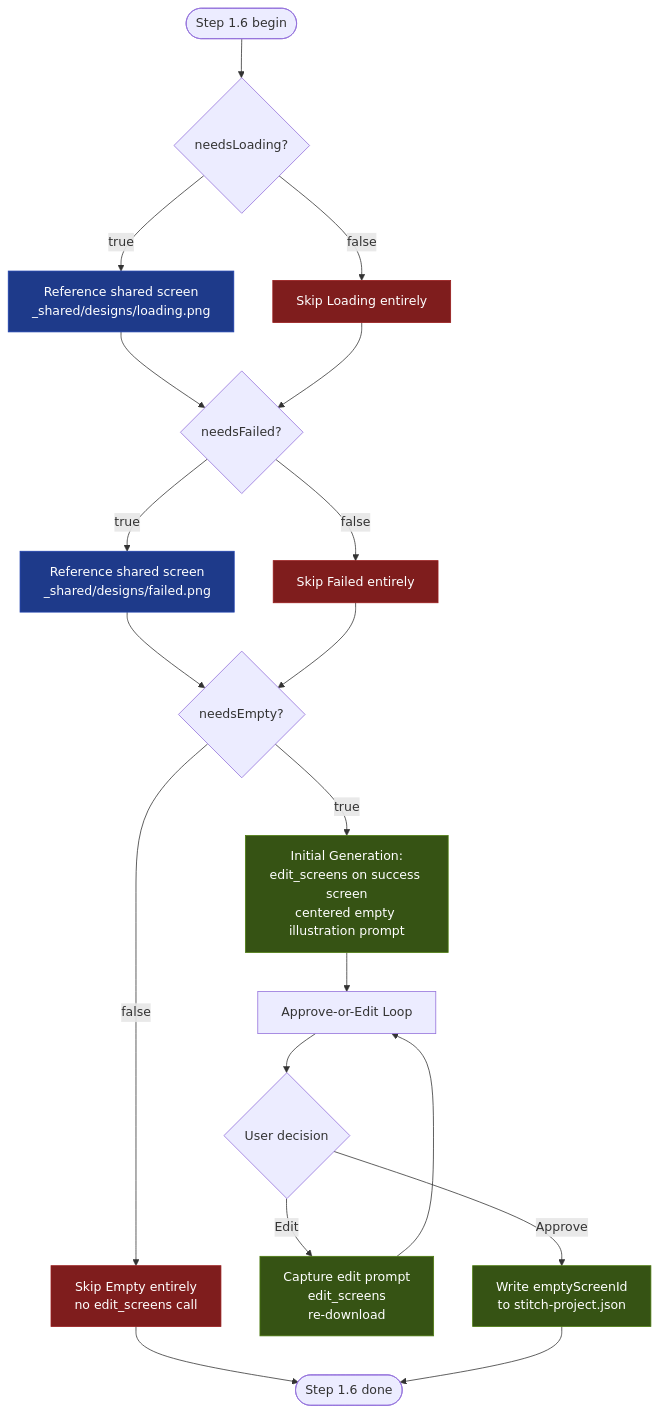
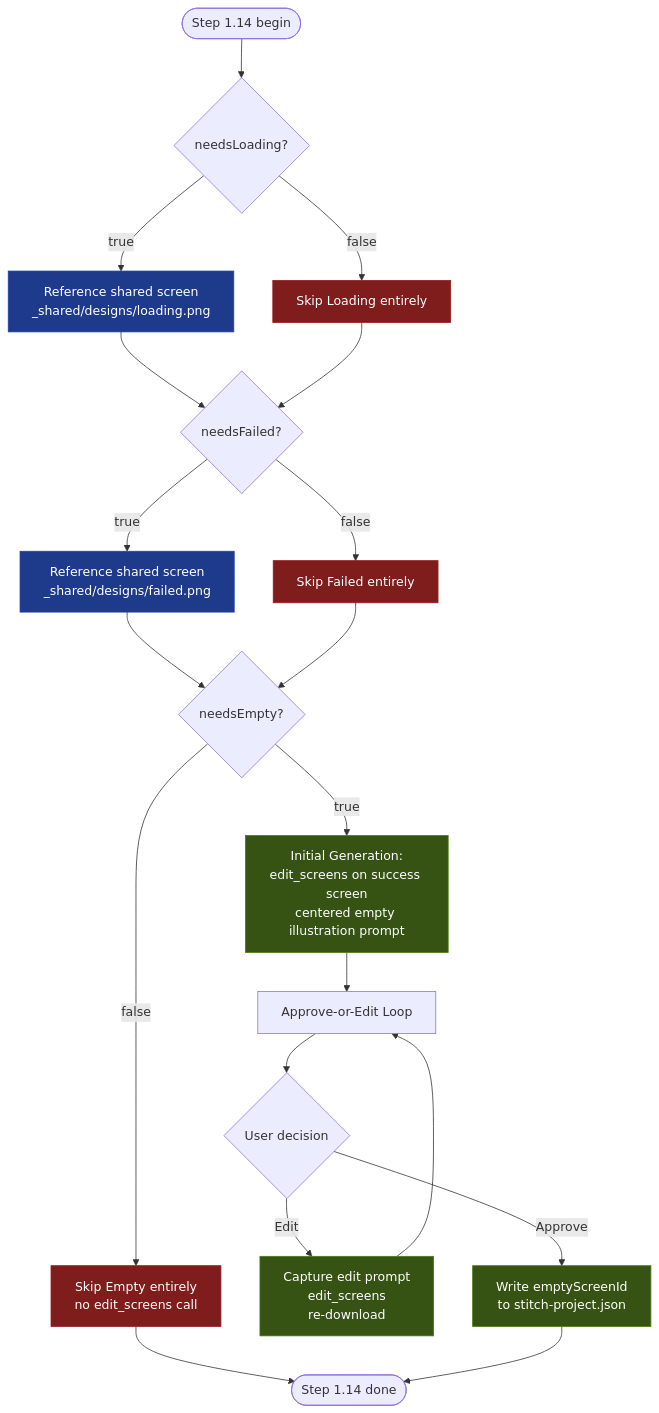
One commit to Saroj-Maharjan/KMPilot changed the fourth of 6 diagrams in .claude/docs/_project/flowcharts/ui-designer.md. Above: the diagram before and after it, drawn with Mermaid. The commit also changed other lines of this file and 21 other files, not shown here.

````diff
--- a/.claude/docs/_project/flowcharts/ui-designer.md
+++ b/.claude/docs/_project/flowcharts/ui-designer.md
@@ -135,33 +136,33 @@
 ```mermaid
 flowchart TD
-    Enter([Step 1.6 begin]) --> L{needsLoading?}
+    Enter([Step 1.14 begin]) --> L{needsLoading?}
     L -->|true| LRef[Reference shared screen<br/>_shared/designs/loading.png]
     L -->|false| LSkip[Skip Loading entirely]
     LRef --> F
     LSkip --> F
 
     F{needsFailed?}
     F -->|true| FRef[Reference shared screen<br/>_shared/designs/failed.png]
     F -->|false| FSkip[Skip Failed entirely]
     FRef --> E
     FSkip --> E
 
     E{needsEmpty?}
     E -->|false| ESkip[Skip Empty entirely<br/>no edit_screens call]
     E -->|true| EGen[Initial Generation:<br/>edit_screens on success screen<br/>centered empty illustration prompt]
     EGen --> ELoop[Approve-or-Edit Loop]
     ELoop --> EQ{User decision}
     EQ -->|Edit| EEdit[Capture edit prompt<br/>edit_screens<br/>re-download]
     EEdit --> ELoop
     EQ -->|Approve| EPersist[Write emptyScreenId<br/>to stitch-project.json]
 
-    ESkip --> Exit([Step 1.6 done])
+    ESkip --> Exit([Step 1.14 done])
     EPersist --> Exit
 
     classDef skip fill:#7f1d1d,stroke:#991b1b,color:#fff
     classDef ref fill:#1e3a8a,stroke:#1e40af,color:#fff
     classDef gen fill:#365314,stroke:#4d7c0f,color:#fff
     class LSkip,FSkip,ESkip skip
     class LRef,FRef ref
     class EGen,EEdit,EPersist gen
 ```
````
